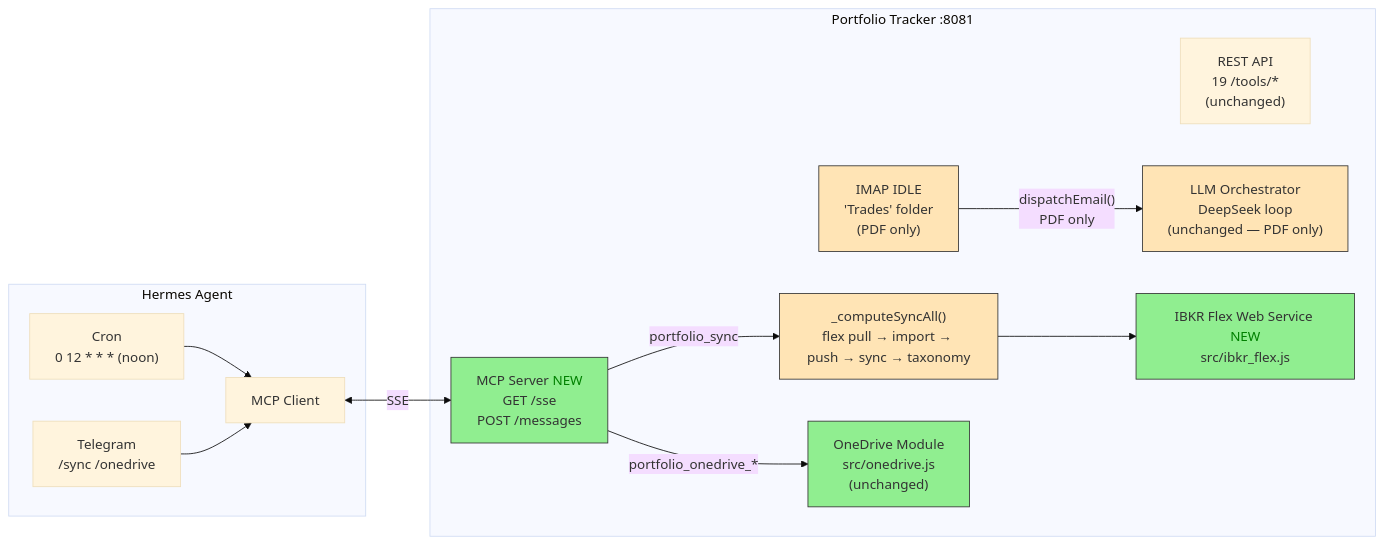
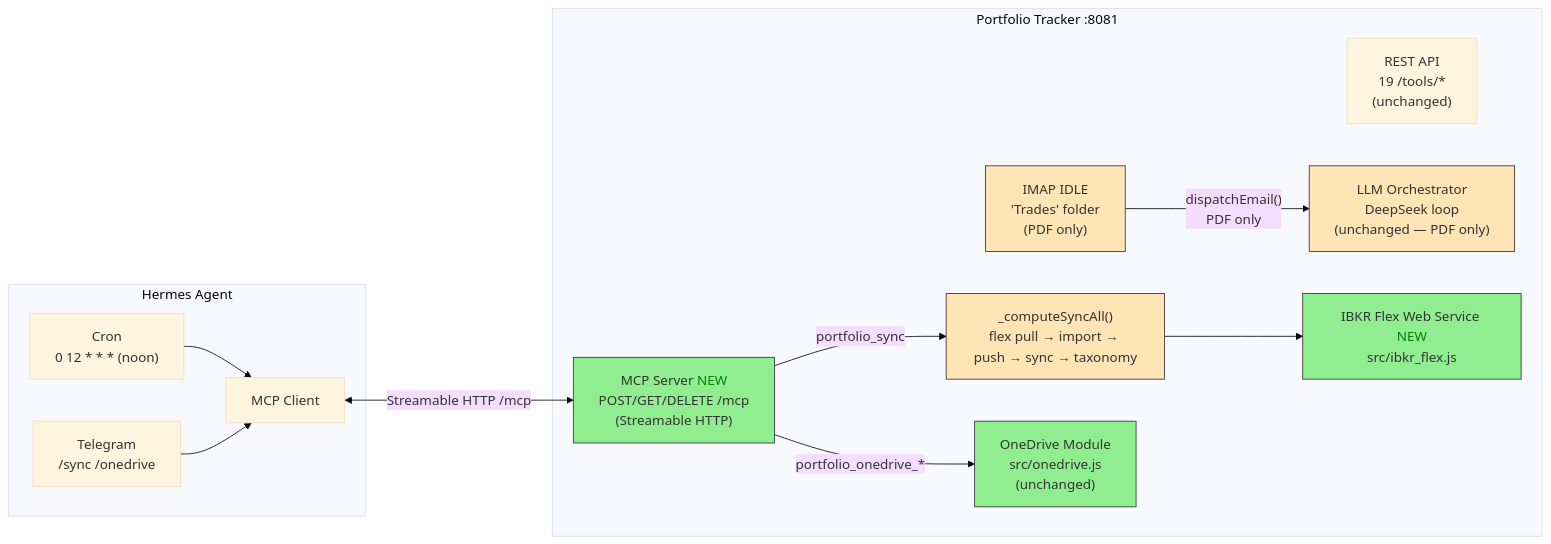
Before and after one commit to darrencjh8/darren-openclaw: the diagram in specs/003-portfolio-tracker/plan.md, drawn with Mermaid (base theme). The commit also changed other lines of this file and 17 other files, not shown here.

````diff
--- a/specs/003-portfolio-tracker/plan.md
+++ b/specs/003-portfolio-tracker/plan.md
@@ -15,33 +15,33 @@
 ```mermaid
 flowchart LR
     subgraph Hermes["Hermes Agent"]
         MCP_C["MCP Client"]
         CRON["Cron<br/>0 12 * * * (noon)"]
         TG["Telegram<br/>/sync /onedrive"]
     end
 
     subgraph PT["Portfolio Tracker :8081"]
-        MCP_S["MCP Server<span style='color:green'> NEW</span><br/>GET /sse<br/>POST /messages"]
+        MCP_S["MCP Server<span style='color:green'> NEW</span><br/>POST/GET/DELETE /mcp<br/>(Streamable HTTP)"]
         REST["REST API<br/>19 /tools/*<br/>(unchanged)"]
         ORCH["LLM Orchestrator<br/>DeepSeek loop<br/>(unchanged — PDF only)"]
         SYNC["_computeSyncAll()<br/>flex pull → import → push → sync → taxonomy"]
         FLEX["IBKR Flex Web Service<span style='color:green'> NEW</span><br/>src/ibkr_flex.js"]
         IMAP["IMAP IDLE<br/>'Trades' folder<br/>(PDF only)"]
         OD["OneDrive Module<br/>src/onedrive.js<br/>(unchanged)"]
     end
 
     CRON --> MCP_C
     TG --> MCP_C
-    MCP_C <-->|"SSE"| MCP_S
+    MCP_C <-->|"Streamable HTTP /mcp"| MCP_S
     MCP_S -->|"portfolio_sync"| SYNC
     MCP_S -->|"portfolio_onedrive_*"| OD
     IMAP -->|"dispatchEmail()<br/>PDF only"| ORCH
     SYNC --> FLEX
 
     style MCP_S fill:#90EE90,stroke:#333
     style FLEX fill:#90EE90,stroke:#333
     style OD fill:#90EE90,stroke:#333
     style ORCH fill:#FFE4B5,stroke:#333
     style IMAP fill:#FFE4B5,stroke:#333
     style SYNC fill:#FFE4B5,stroke:#333
 ```
````
